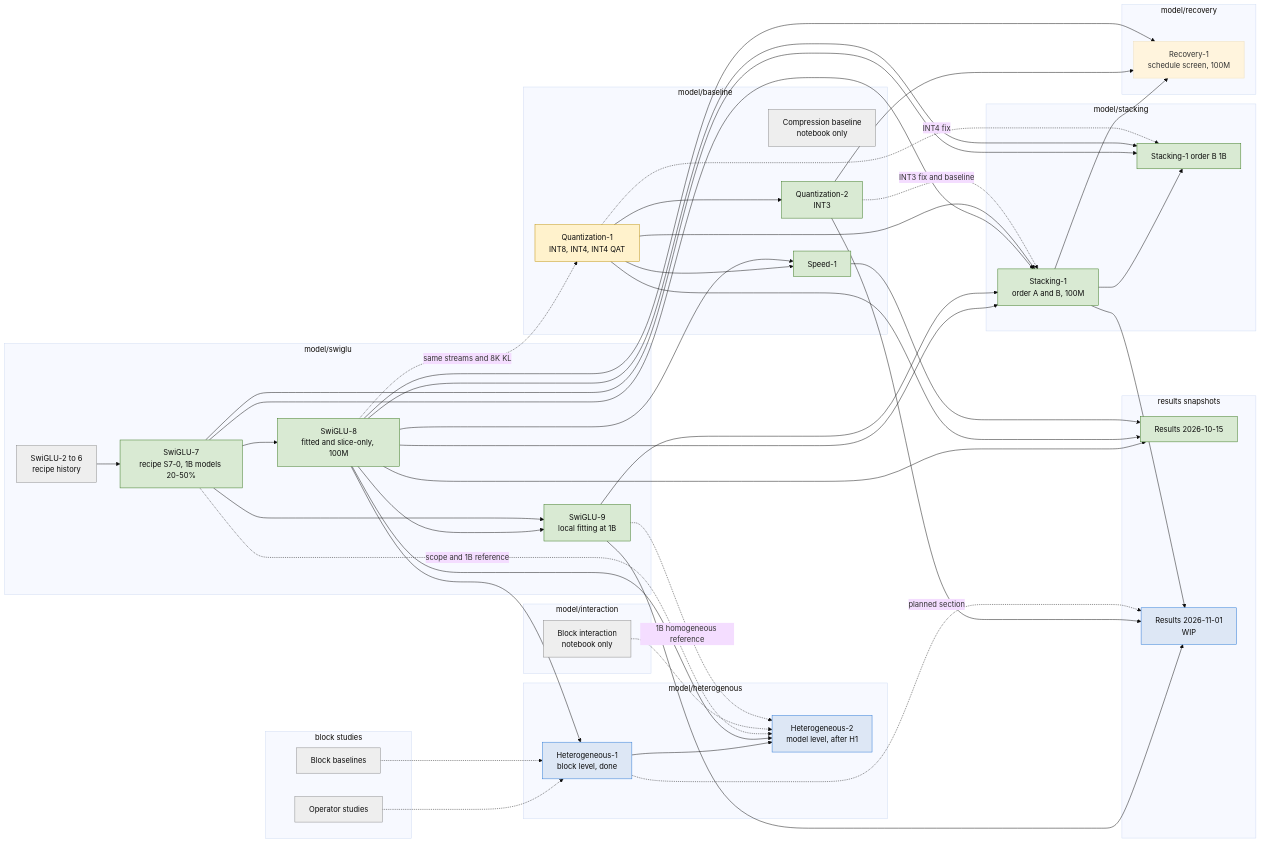
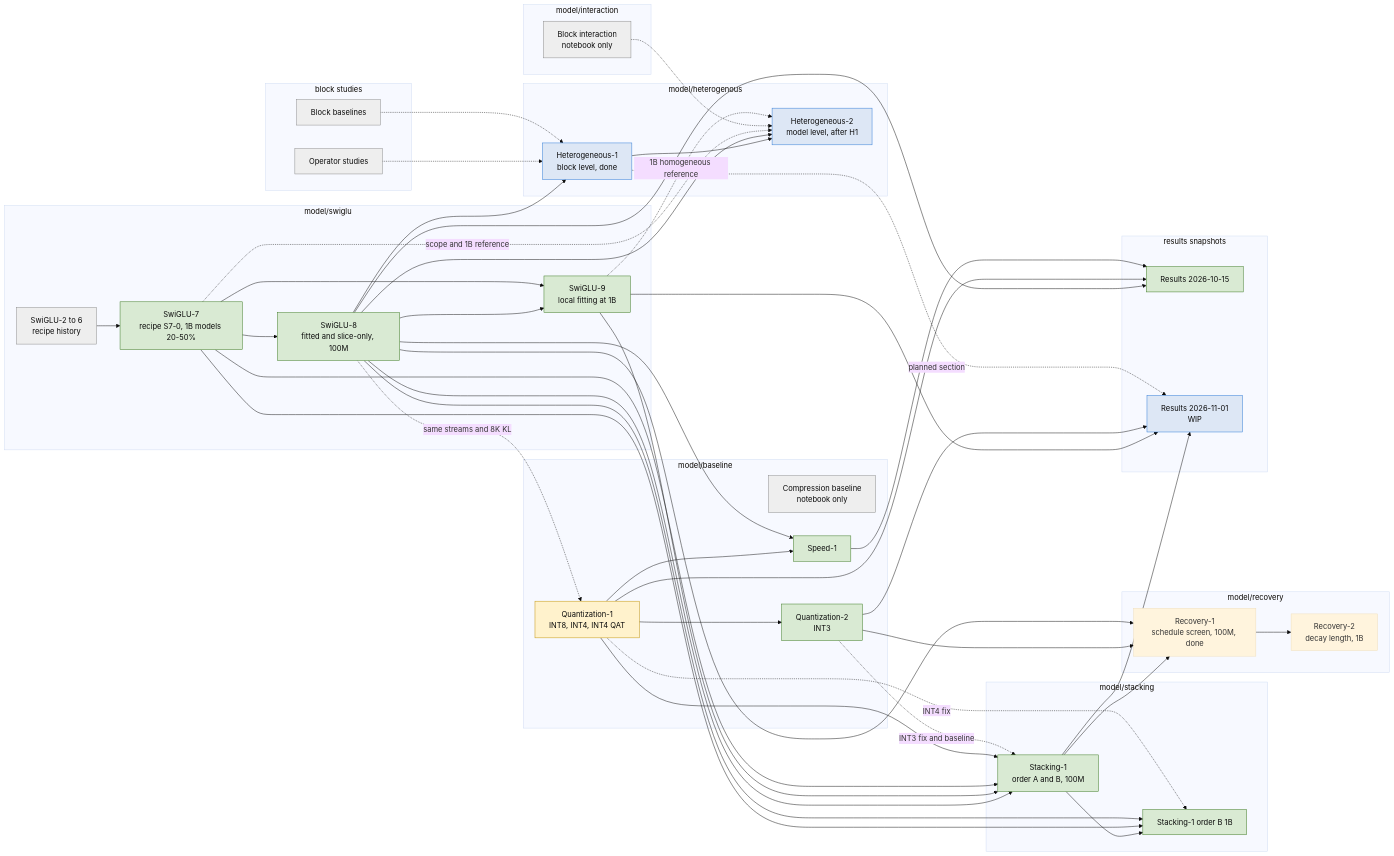
Before and after one commit to Sammuel21/diploma-thesis-block-replacement: the second of 2 diagrams in docs/experiments/dependencies.md, drawn with Mermaid (base theme). The commit also changed other lines of this file and 7 other files, not shown here.

````diff
--- a/docs/experiments/dependencies.md
+++ b/docs/experiments/dependencies.md
@@ -33,77 +33,77 @@
 ```mermaid
 flowchart LR
   classDef done fill:#d9ead3,stroke:#38761d,color:#0b0b0b
   classDef running fill:#fff2cc,stroke:#bf9000,color:#0b0b0b
   classDef planned fill:#dde7f5,stroke:#2a78d6,color:#0b0b0b
   classDef historical fill:#eeeeee,stroke:#888888,color:#0b0b0b
 
   subgraph block[block studies]
     BB[Block baselines]
     BO[Operator studies]
   end
   subgraph swiglu[model/swiglu]
     S26[SwiGLU-2 to 6<br/>recipe history] --> S7[SwiGLU-7<br/>recipe S7-0, 1B models 20-50%]
     S7 --> S8[SwiGLU-8<br/>fitted and slice-only, 100M]
     S8 --> S9[SwiGLU-9<br/>local fitting at 1B]
     S7 --> S9
   end
   subgraph baseline[model/baseline]
     CB[Compression baseline<br/>notebook only]
     Q1[Quantization-1<br/>INT8, INT4, INT4 QAT]
     Q2[Quantization-2<br/>INT3]
     SP1[Speed-1]
     Q1 --> Q2
   end
   subgraph stacking[model/stacking]
     ST1[Stacking-1<br/>order A and B, 100M]
     ST1B[Stacking-1 order B 1B]
     ST1 --> ST1B
   end
   subgraph interaction[model/interaction]
     BI[Block interaction<br/>notebook only]
   end
   subgraph hetero[model/heterogenous]
     H1[Heterogeneous-1<br/>block level, done] --> H2[Heterogeneous-2<br/>model level, after H1]
   end
   subgraph recovery[model/recovery]
-    RC1[Recovery-1<br/>schedule screen, 100M]
+    RC1[Recovery-1<br/>schedule screen, 100M, done] --> RC2[Recovery-2<br/>decay length, 1B]
   end
   Q2 --> RC1
   ST1 --> RC1
   S8 --> RC1
   subgraph reports[results snapshots]
     R1[Results 2026-10-15]
     R2[Results 2026-11-01<br/>WIP]
   end
 
   S8 -. same streams and 8K KL .-> Q1
   S8 --> ST1
   S9 --> ST1
   S7 --> ST1
   Q1 --> ST1
   Q2 -. INT3 fix and baseline .-> ST1
   S7 --> ST1B
   S8 --> ST1B
   Q1 -. INT4 fix .-> ST1B
   Q1 --> SP1
   S8 --> SP1
   BO -.-> H1
   BB -.-> H1
   S8 --> H1
   S8 --> H2
   S7 -. scope and 1B reference .-> H2
   BI -.-> H2
   S9 -. 1B homogeneous reference .-> H2
   S8 --> R1
   Q1 --> R1
   SP1 --> R1
   S9 --> R2
   ST1 --> R2
   Q2 --> R2
   H1 -. planned section .-> R2
 
   class S7,S8,S9,Q2,SP1,R1,ST1,ST1B done
   class Q1 running
   class H1,H2,R2 planned
   class S26,BB,BO,CB,BI historical
 ```
````
